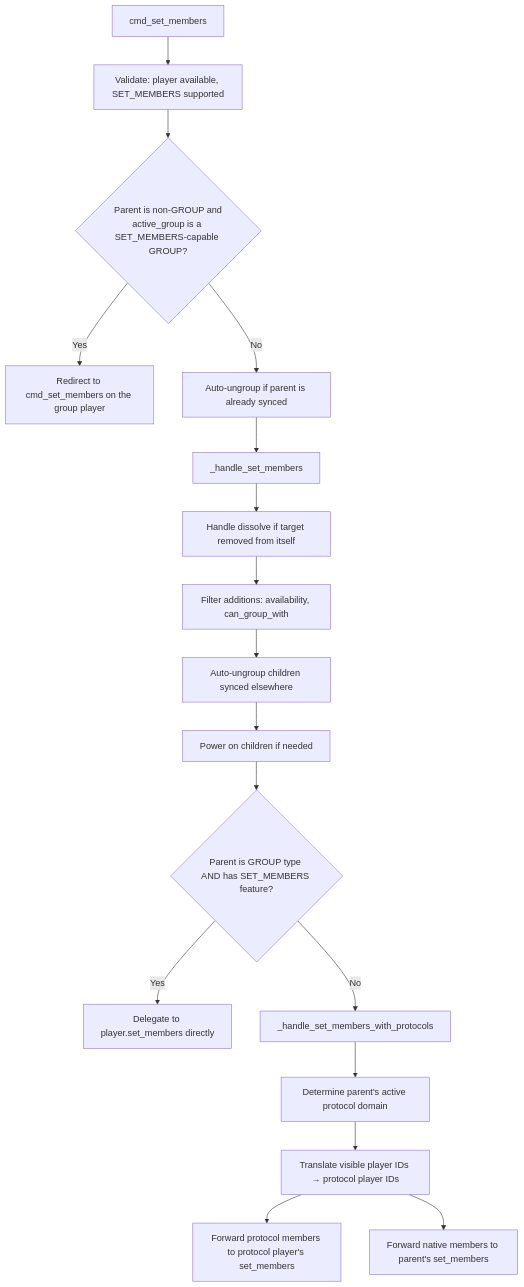
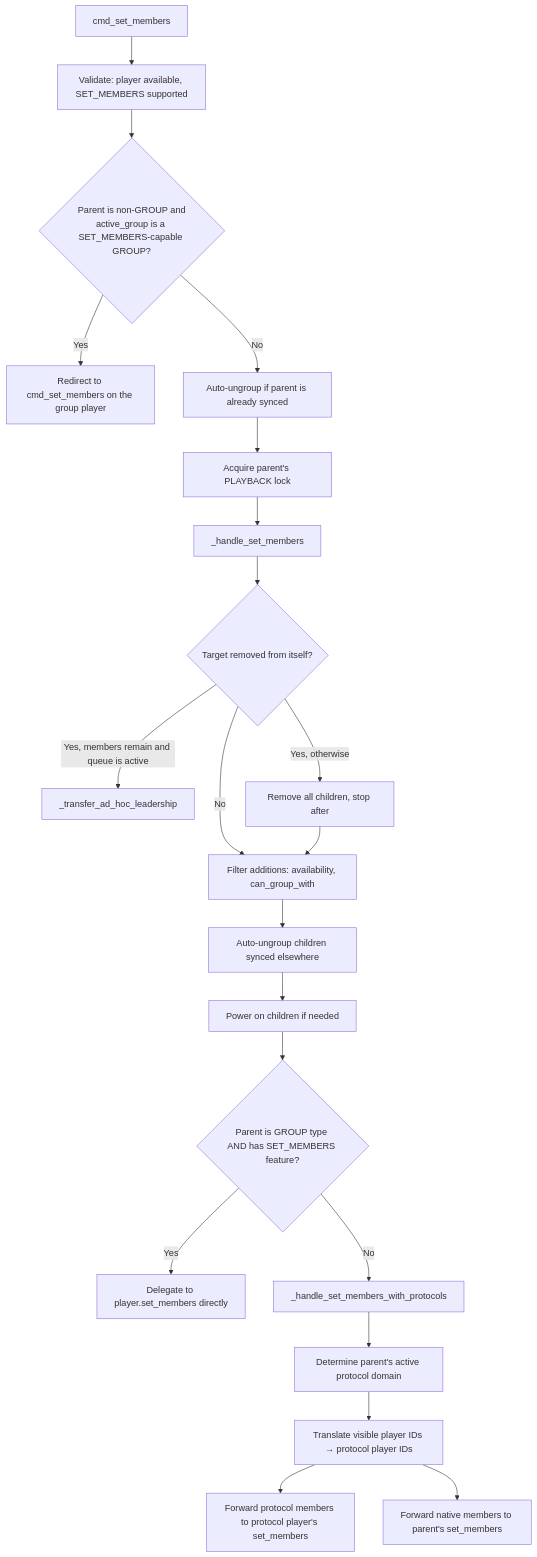
The third of 4 diagrams in docs/architecture/06-grouping.md (theturtle32/music-assistant-server), drawn with Mermaid before and after one commit. The commit also changed other lines of this file and 1 other file, not shown here.

First line of the commit message:
docs(architecture): session-based sync group lifecycle and AudioSource volume routing

````diff
--- a/docs/architecture/06-grouping.md
+++ b/docs/architecture/06-grouping.md
@@ -296,19 +438,23 @@
 ```mermaid
 flowchart TD
     A[cmd_set_members] --> B[Validate: player available, SET_MEMBERS supported]
     B --> AG{"Parent is non-GROUP and<br/>active_group is a SET_MEMBERS-capable GROUP?"}
     AG -- Yes --> AGR[Redirect to cmd_set_members on the group player]
     AG -- No --> C[Auto-ungroup if parent is already synced]
-    C --> D[_handle_set_members]
-    D --> E[Handle dissolve if target removed from itself]
-    E --> F[Filter additions: availability, can_group_with]
+    C --> CL[Acquire parent's PLAYBACK lock]
+    CL --> D[_handle_set_members]
+    D --> E{Target removed from itself?}
+    E -- "Yes, members remain and queue is active" --> ET[_transfer_ad_hoc_leadership]
+    E -- "Yes, otherwise" --> ED[Remove all children, stop after]
+    E -- No --> F[Filter additions: availability, can_group_with]
+    ED --> F
     F --> G[Auto-ungroup children synced elsewhere]
     G --> H[Power on children if needed]
     H --> I{"Parent is GROUP type AND has SET_MEMBERS feature?"}
     I -- Yes --> J[Delegate to player.set_members directly]
     I -- No --> K[_handle_set_members_with_protocols]
     K --> L[Determine parent's active protocol domain]
     L --> M[Translate visible player IDs → protocol player IDs]
     M --> N[Forward protocol members to protocol player's set_members]
     M --> O[Forward native members to parent's set_members]
 ```
````
